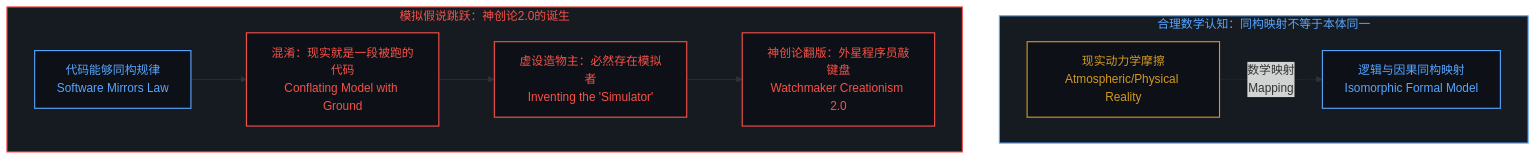
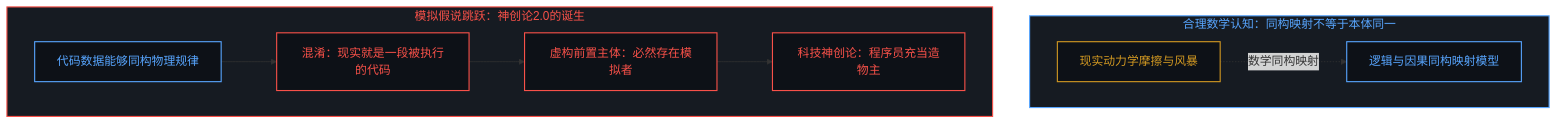
Before and after one commit to powerpig99/not-a-toe: the third of 10 diagrams in content/posts/all-that-can-be-spoken-is-the-product-of-the-unspeakable.md, drawn with Mermaid. The commit also changed other lines of this file and 8 other files, not shown here.

````diff
--- a/content/posts/all-that-can-be-spoken-is-the-product-of-the-unspeakable.md
+++ b/content/posts/all-that-can-be-spoken-is-the-product-of-the-unspeakable.md
@@ -75,25 +83,25 @@
 ```mermaid
 graph TD
     classDef default fill:#0d1117,stroke:#30363d,stroke-width:1px,color:#f0f6fc;
     classDef mind fill:#0d1117,stroke:#3fb950,stroke-width:1.5px,color:#3fb950;
     classDef failure fill:#0d1117,stroke:#f85149,stroke-width:1.5px,color:#f85149;
     classDef scaffold fill:#0d1117,stroke:#d29922,stroke-width:1.5px,color:#d29922;
     classDef model fill:#0d1117,stroke:#58a6ff,stroke-width:1.5px,color:#58a6ff;
 
     subgraph S_Isomorphism ["合理数学认知：同构映射不等于本体同一"]
-        I1["现实动力学摩擦<br/>Atmospheric/Physical Reality"]:::scaffold
-        I2["逻辑与因果同构映射<br/>Isomorphic Formal Model"]:::model
-        I1 -.->|"数学映射<br/>Mapping"| I2
+        I1["现实动力学摩擦与风暴"]:::scaffold
+        I2["逻辑与因果同构映射模型"]:::model
+        I1 -.->|"数学同构映射"| I2
     end
 
     subgraph S_Collapse ["模拟假说跳跃：神创论2.0的诞生"]
-        C1["代码能够同构规律<br/>Software Mirrors Law"]:::model
-        C2["混淆：现实就是一段被跑的代码<br/>Conflating Model with Ground"]:::failure
-        C3["虚设造物主：必然存在模拟者<br/>Inventing the 'Simulator'"]:::failure
-        C4["神创论翻版：外星程序员敲键盘<br/>Watchmaker Creationism 2.0"]:::failure
+        C1["代码数据能够同构物理规律"]:::model
+        C2["混淆：现实就是一段被执行的代码"]:::failure
+        C3["虚构前置主体：必然存在模拟者"]:::failure
+        C4["科技神创论：程序员充当造物主"]:::failure
         C1 --> C2 --> C3 --> C4
     end
 
     style S_Isomorphism fill:#161b22,stroke:#58a6ff,stroke-width:1.5px,color:#58a6ff
     style S_Collapse fill:#161b22,stroke:#f85149,stroke-width:1.5px,color:#f85149
 ```
````
